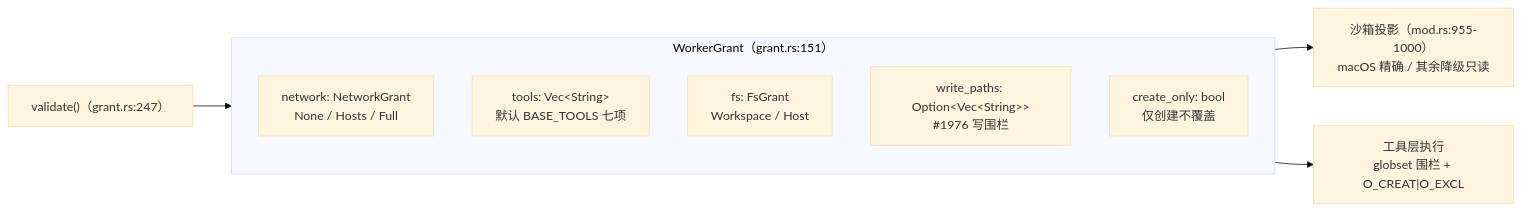
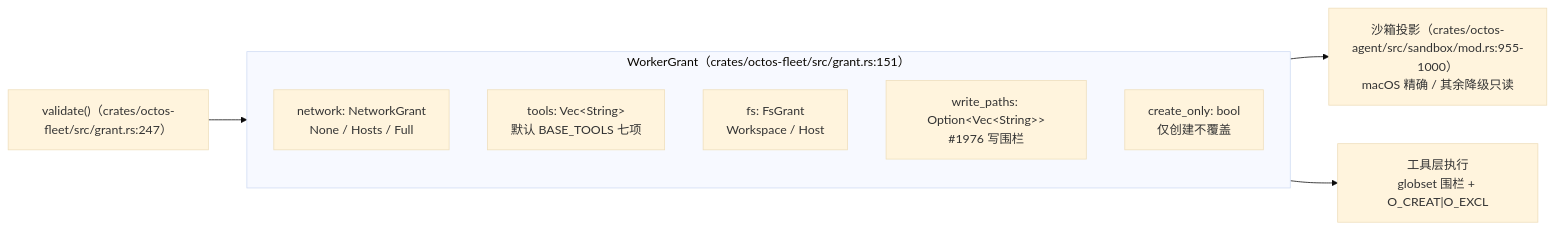
One commit to octos-org/octos-book changed the second of 2 diagrams in book/src/part2/ch07.md. Above: the diagram before and after it, drawn with Mermaid (base theme). The commit also changed other lines of this file and 39 other files, not shown here.

````diff
--- a/book/src/part2/ch07.md
+++ b/book/src/part2/ch07.md
@@ -203,13 +203,13 @@
 ```mermaid
 flowchart LR
-    subgraph G["WorkerGrant（grant.rs:151）"]
+    subgraph G["WorkerGrant（crates/octos-fleet/src/grant.rs:151）"]
         N["network: NetworkGrant<br/>None / Hosts / Full"]
         T["tools: Vec&lt;String&gt;<br/>默认 BASE_TOOLS 七项"]
         F["fs: FsGrant<br/>Workspace / Host"]
         W["write_paths: Option&lt;Vec&lt;String&gt;&gt;<br/>#1976 写围栏"]
         CO["create_only: bool<br/>仅创建不覆盖"]
     end
-    V["validate()（grant.rs:247）"] --> G
-    G --> SB["沙箱投影（mod.rs:955-1000）<br/>macOS 精确 / 其余降级只读"]
+    V["validate()（crates/octos-fleet/src/grant.rs:247）"] --> G
+    G --> SB["沙箱投影（crates/octos-agent/src/sandbox/mod.rs:955-1000）<br/>macOS 精确 / 其余降级只读"]
     G --> FT["工具层执行<br/>globset 围栏 + O_CREAT|O_EXCL"]
 ```
````
